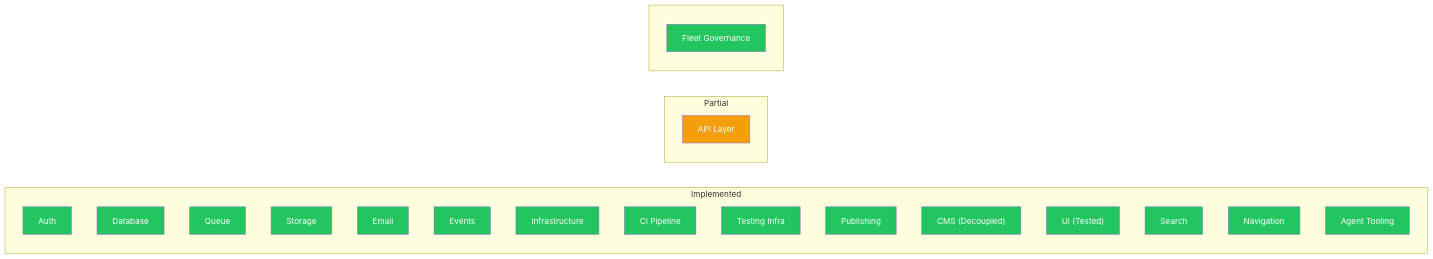
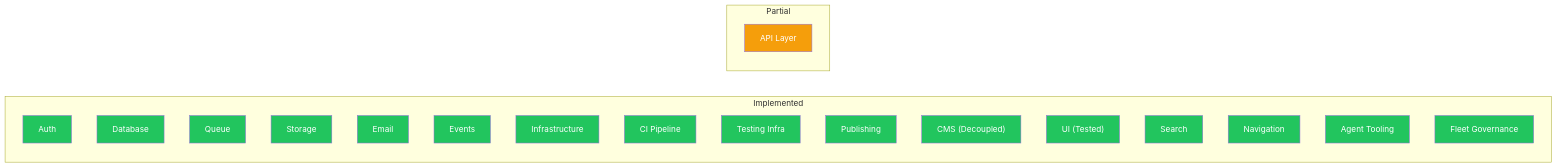
One commit to jbejenar/ripple-next changed the first of 6 diagrams in docs/product-roadmap/README.md. Above: the diagram before and after it, drawn with Mermaid. The commit also changed other lines of this file, not shown here.

Commit message:
fix(docs): fix remaining stale counts in roadmap — RN-036 taxonomy count, maturity chart
- RN-036 verification: update error taxonomy count from 31 to 39
  (taxonomy grew with IAC and FLEET categories after RN-036 was written)
- Platform Maturity chart: move Fleet Governance into main Implemented
  subgraph instead of separate workaround subgraph

https://claude.ai/code/session_016rp5VBzAbQGKJShEhpCZWE

````diff
--- a/docs/product-roadmap/README.md
+++ b/docs/product-roadmap/README.md
@@ -76,44 +76,42 @@
 ```mermaid
 graph LR
     subgraph Implemented
         AUTH[Auth]
         DB[Database]
         QUEUE[Queue]
         STORAGE[Storage]
         EMAIL[Email]
         EVENTS[Events]
         INFRA[Infrastructure]
         CI[CI Pipeline]
         TEST[Testing Infra]
         PUB[Publishing]
         CMS["CMS (Decoupled)"]
         UI["UI (Tested)"]
         SEARCH[Search]
         NAV[Navigation]
         AGENT_DX[Agent Tooling]
+        FLEET[Fleet Governance]
     end
     subgraph Partial
         API[API Layer]
-    end
-    subgraph Implemented2[" "]
-        FLEET[Fleet Governance]
     end
 
     style AUTH fill:#22c55e,color:#fff
     style DB fill:#22c55e,color:#fff
     style QUEUE fill:#22c55e,color:#fff
     style STORAGE fill:#22c55e,color:#fff
     style EMAIL fill:#22c55e,color:#fff
     style EVENTS fill:#22c55e,color:#fff
     style INFRA fill:#22c55e,color:#fff
     style CI fill:#22c55e,color:#fff
     style TEST fill:#22c55e,color:#fff
     style PUB fill:#22c55e,color:#fff
     style CMS fill:#22c55e,color:#fff
     style UI fill:#22c55e,color:#fff
     style SEARCH fill:#22c55e,color:#fff
     style NAV fill:#22c55e,color:#fff
     style API fill:#f59e0b,color:#fff
     style FLEET fill:#22c55e,color:#fff
     style AGENT_DX fill:#22c55e,color:#fff
 ```
````
